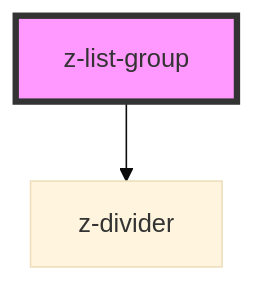
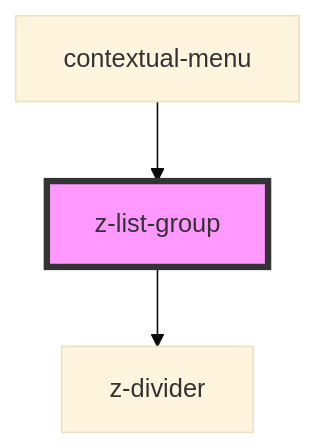
Before and after one commit to ZanichelliEditore/design-system: the diagram in src/components/list/z-list-group/readme.md, drawn with Mermaid (base theme). The commit also changed other lines of this file and 9 other files, not shown here.

````diff
--- a/src/components/list/z-list-group/readme.md
+++ b/src/components/list/z-list-group/readme.md
@@ -25,5 +29,6 @@
 ```mermaid
 graph TD;
   z-list-group --> z-divider
+  contextual-menu --> z-list-group
   style z-list-group fill:#f9f,stroke:#333,stroke-width:4px
 ```
````
